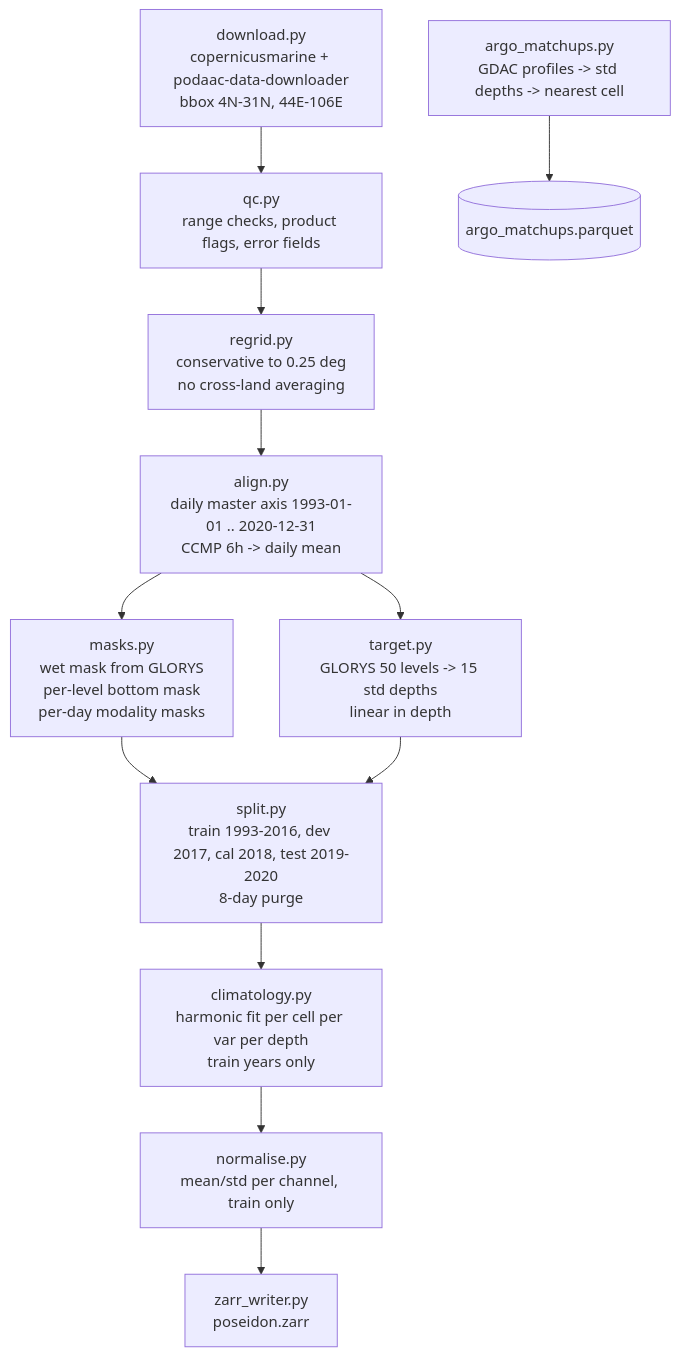
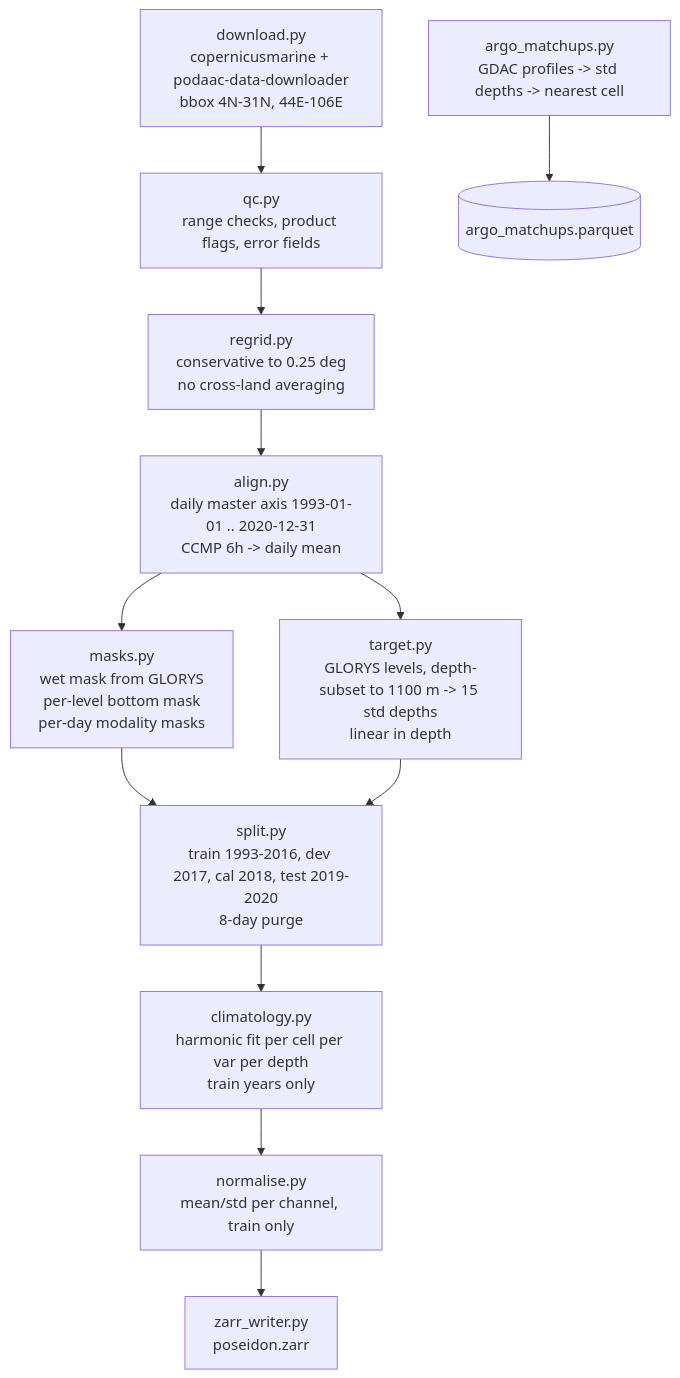
Before and after one commit to mchirasmith/Poseidon: the third of 8 diagrams in docs/poseidon_backend_spec.md, drawn with Mermaid. The commit also changed other lines of this file and 276 other files, not shown here.

````diff
--- a/docs/poseidon_backend_spec.md
+++ b/docs/poseidon_backend_spec.md
@@ -203,14 +203,14 @@
 ```mermaid
 flowchart TD
   A["download.py<br/>copernicusmarine + podaac-data-downloader<br/>bbox 4N-31N, 44E-106E"] --> B["qc.py<br/>range checks, product flags, error fields"]
   B --> C["regrid.py<br/>conservative to 0.25 deg<br/>no cross-land averaging"]
   C --> D["align.py<br/>daily master axis 1993-01-01 .. 2020-12-31<br/>CCMP 6h -> daily mean"]
   D --> E["masks.py<br/>wet mask from GLORYS<br/>per-level bottom mask<br/>per-day modality masks"]
-  D --> F["target.py<br/>GLORYS 50 levels -> 15 std depths<br/>linear in depth"]
+  D --> F["target.py<br/>GLORYS levels, depth-subset to 1100 m -> 15 std depths<br/>linear in depth"]
   E --> G["split.py<br/>train 1993-2016, dev 2017, cal 2018, test 2019-2020<br/>8-day purge"]
   F --> G
   G --> H["climatology.py<br/>harmonic fit per cell per var per depth<br/>train years only"]
   H --> I["normalise.py<br/>mean/std per channel, train only"]
   I --> J["zarr_writer.py<br/>poseidon.zarr"]
   K["argo_matchups.py<br/>GDAC profiles -> std depths -> nearest cell"] --> L[("argo_matchups.parquet")]
 ```
````
